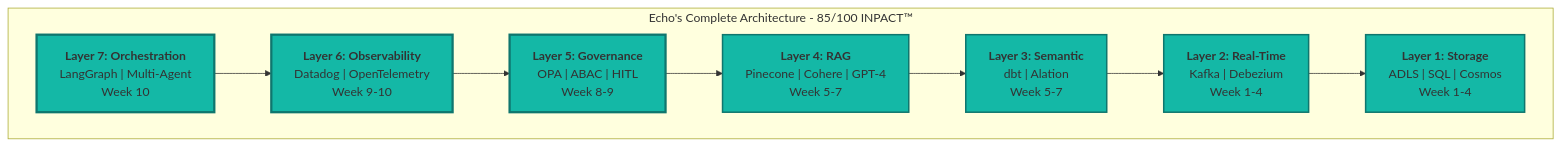
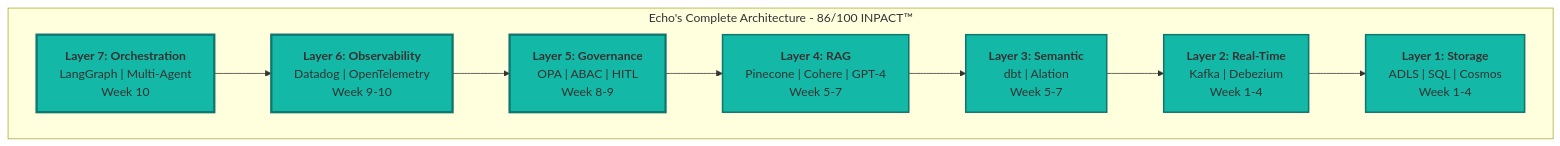
The fifth of 5 diagrams in reference/chapter_6_mapping_document_v1_3.md (saitejesh-cyber/trust-before-intelligence-book), drawn with Mermaid before and after one commit. The commit also changed other lines of this file and 16 other files, not shown here.

````diff
--- a/reference/chapter_6_mapping_document_v1_3.md
+++ b/reference/chapter_6_mapping_document_v1_3.md
@@ -1117,27 +1117,27 @@
 ```mermaid
 graph TB
-    subgraph "Echo's Complete Architecture - 85/100 INPACT™"
+    subgraph "Echo's Complete Architecture - 86/100 INPACT™"
         L7["<b>Layer 7: Orchestration</b><br/>LangGraph | Multi-Agent<br/>Week 10"]
         L6["<b>Layer 6: Observability</b><br/>Datadog | OpenTelemetry<br/>Week 9-10"]
         L5["<b>Layer 5: Governance</b><br/>OPA | ABAC | HITL<br/>Week 8-9"]
         L4["<b>Layer 4: RAG</b><br/>Pinecone | Cohere | GPT-4<br/>Week 5-7"]
         L3["<b>Layer 3: Semantic</b><br/>dbt | Alation<br/>Week 5-7"]
         L2["<b>Layer 2: Real-Time</b><br/>Kafka | Debezium<br/>Week 1-4"]
         L1["<b>Layer 1: Storage</b><br/>ADLS | SQL | Cosmos<br/>Week 1-4"]
     end
     
     L7 --> L6
     L6 --> L5
     L5 --> L4
     L4 --> L3
     L3 --> L2
     L2 --> L1
     
     style L7 fill:#14b8a6,stroke:#0f766e,stroke-width:3px
     style L6 fill:#14b8a6,stroke:#0f766e,stroke-width:3px
     style L5 fill:#14b8a6,stroke:#0f766e,stroke-width:3px
     style L4 fill:#14b8a6,stroke:#0f766e,stroke-width:2px
     style L3 fill:#14b8a6,stroke:#0f766e,stroke-width:2px
     style L2 fill:#14b8a6,stroke:#0f766e,stroke-width:2px
     style L1 fill:#14b8a6,stroke:#0f766e,stroke-width:2px
 ```
````
